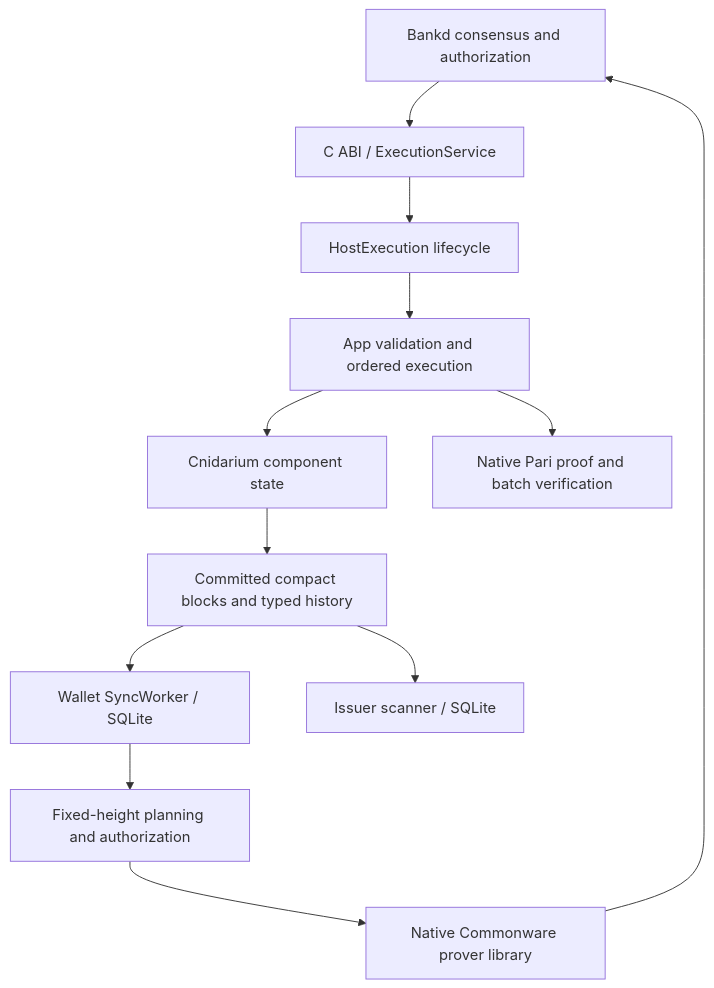
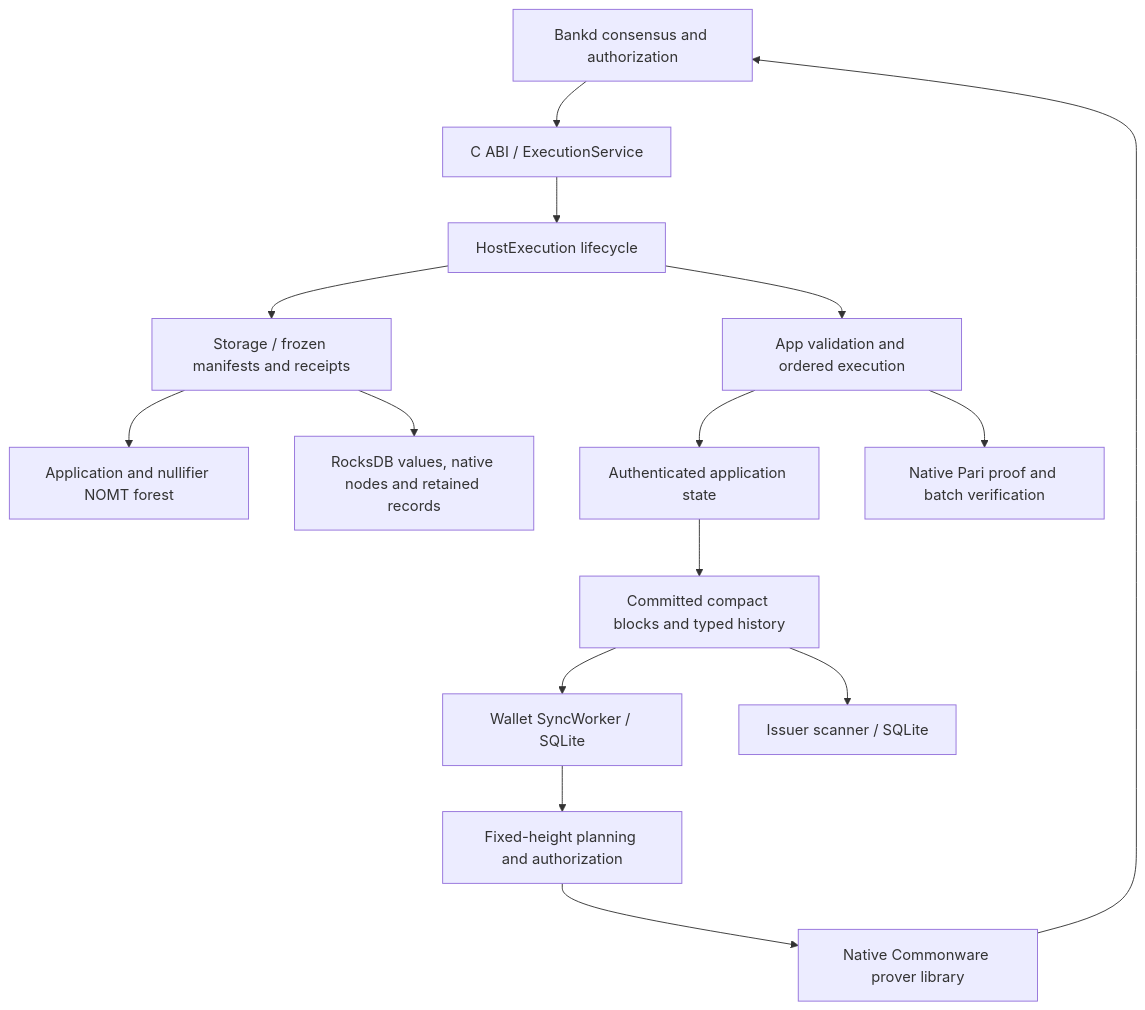
Before and after one commit to mizufinance/shieldd: the diagram in docs/architecture.md, drawn with Mermaid. The commit also changed other lines of this file and 386 other files, not shown here.

First line of the commit message:
Replace JMT storage with coordinated NOMT persistence (#160)

````diff
--- a/docs/architecture.md
+++ b/docs/architecture.md
@@ -3,14 +3,17 @@
 ```mermaid
 flowchart TD
     Bankd[Bankd consensus and authorization] --> ABI[C ABI / ExecutionService]
     ABI --> Host[HostExecution lifecycle]
+    Host --> Writer[Storage / frozen manifests and receipts]
+    Writer --> NOMT[Application and nullifier NOMT forest]
+    Writer --> Raw[RocksDB values, native nodes and retained records]
     Host --> App[App validation and ordered execution]
-    App --> State[Cnidarium component state]
+    App --> State[Authenticated application state]
     App --> Proofs[Native Pari proof and batch verification]
     State --> Blocks[Committed compact blocks and typed history]
     Blocks --> Wallet[Wallet SyncWorker / SQLite]
     Blocks --> Scanner[Issuer scanner / SQLite]
     Wallet --> Plan[Fixed-height planning and authorization]
     Plan --> Prover[Native Commonware prover library]
     Prover --> Bankd
 ```
````
